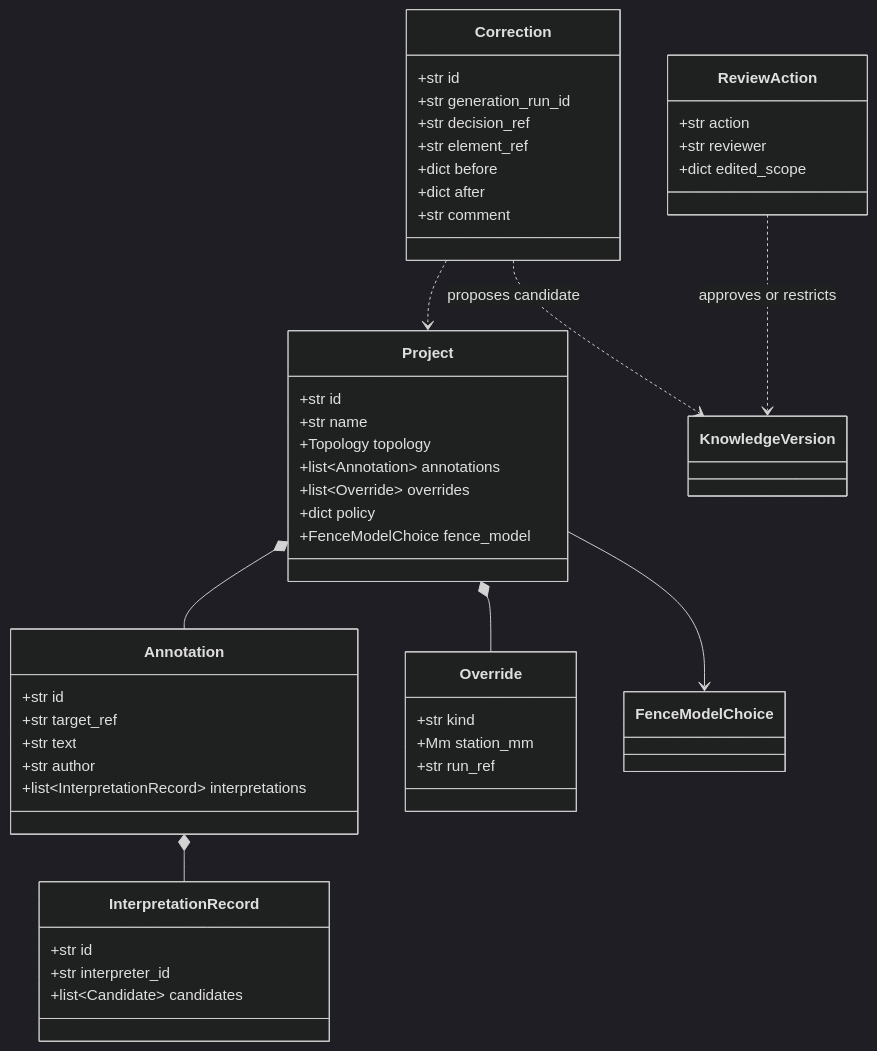
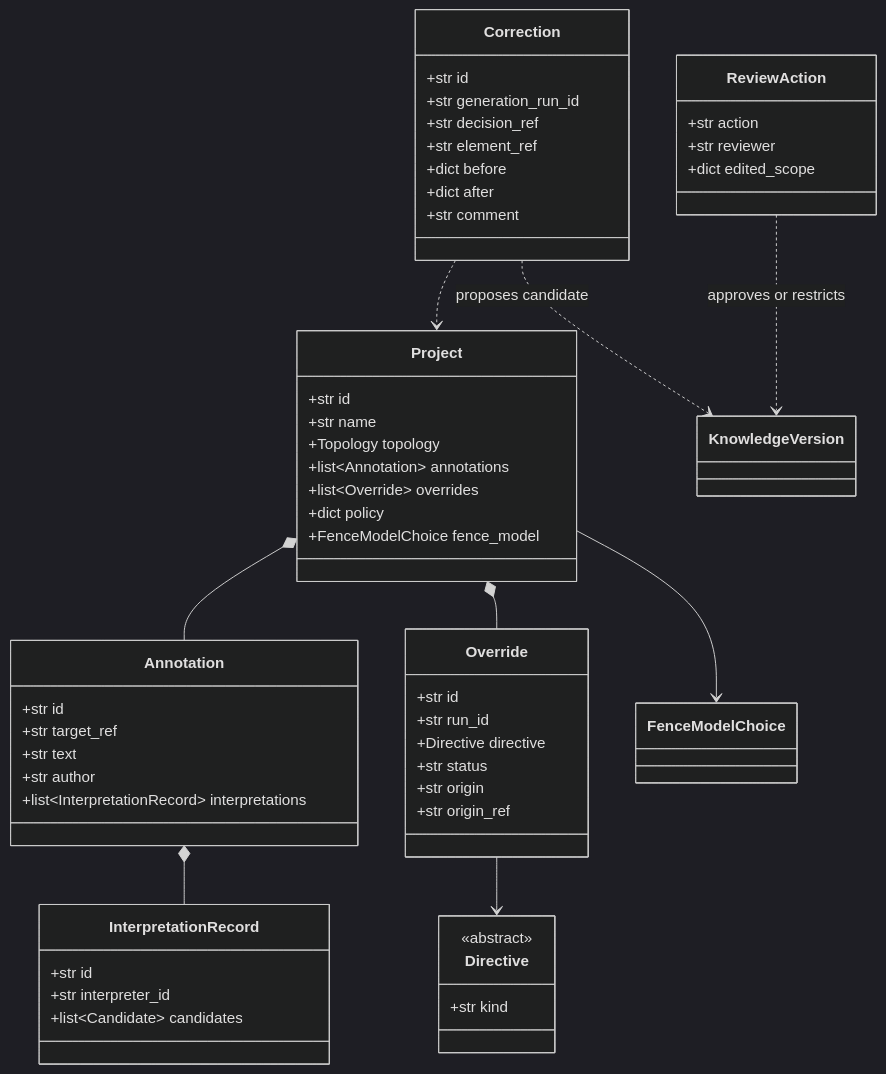
One commit to spicysauce1955-stack/BOM changed the eighth of 8 diagrams in docs/architecture/02-entities.md. Above: the diagram before and after it, drawn with Mermaid (dark theme). The commit also changed other lines of this file and 9 other files, not shown here.

First line of the commit message:
docs(architecture): the two documents that answered a question the map already answered

````diff
--- a/docs/architecture/02-entities.md
+++ b/docs/architecture/02-entities.md
@@ -691,51 +794,59 @@
 ```mermaid
 classDiagram
     class Project {
         +str id
         +str name
         +Topology topology
         +list~Annotation~ annotations
         +list~Override~ overrides
         +dict policy
         +FenceModelChoice fence_model
     }
     class Annotation {
         +str id
         +str target_ref
         +str text
         +str author
         +list~InterpretationRecord~ interpretations
     }
     class InterpretationRecord {
         +str id
         +str interpreter_id
         +list~Candidate~ candidates
     }
     class Override {
+        +str id
+        +str run_id
+        +Directive directive
+        +str status
+        +str origin
+        +str origin_ref
+    }
+    class Directive {
+        <<abstract>>
         +str kind
-        +Mm station_mm
-        +str run_ref
     }
     class Correction {
         +str id
         +str generation_run_id
         +str decision_ref
         +str element_ref
         +dict before
         +dict after
         +str comment
     }
     class ReviewAction {
         +str action
         +str reviewer
         +dict edited_scope
     }
 
     Project *-- Annotation
     Project *-- Override
+    Override --> Directive
     Project --> FenceModelChoice
     Annotation *-- InterpretationRecord
     Correction ..> Project
     Correction ..> KnowledgeVersion : proposes candidate
     ReviewAction ..> KnowledgeVersion : approves or restricts
 ```
````
